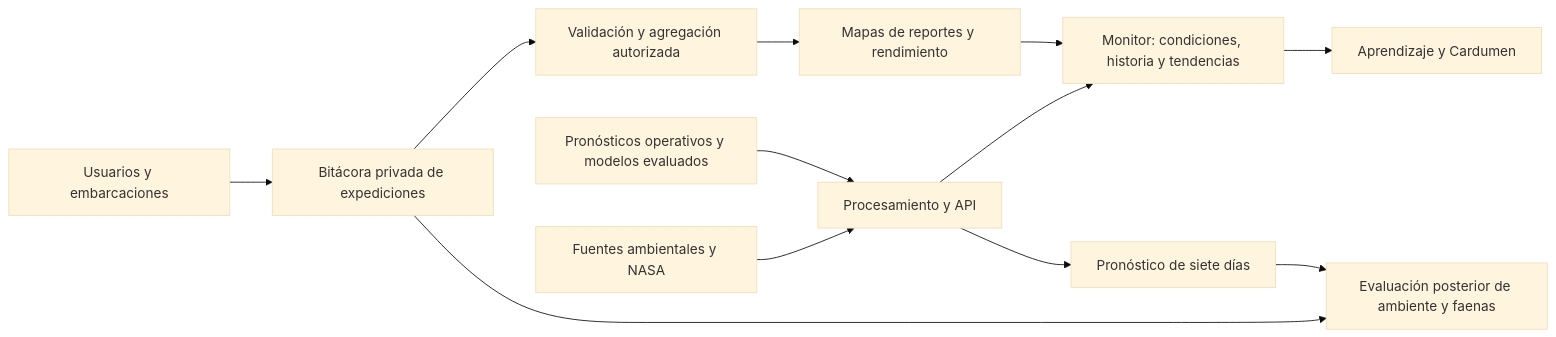
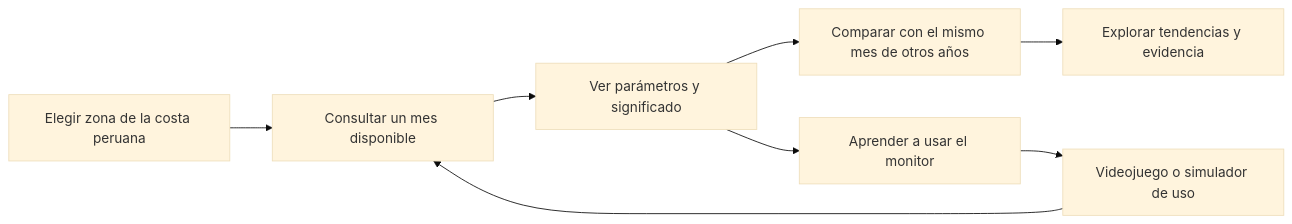
The diagram in docs/PLAN_EVOLUCION_PLATAFORMA.md (chaski-polar-2026/data-treatment), drawn with Mermaid (base theme) before and after one commit. The commit also changed other lines of this file and 8 other files, not shown here.

````diff
--- a/docs/PLAN_EVOLUCION_PLATAFORMA.md
+++ b/docs/PLAN_EVOLUCION_PLATAFORMA.md
@@ -15,14 +35,10 @@
 ```mermaid
 flowchart LR
-    A[Fuentes ambientales y NASA] --> B[Procesamiento y API]
-    P[Pronósticos operativos y modelos evaluados] --> B
-    B --> M[Monitor: condiciones, historia y tendencias]
-    B --> F[Pronóstico de siete días]
-    M --> J[Aprendizaje y Cardumen]
-    U[Usuarios y embarcaciones] --> R[Bitácora privada de expediciones]
-    R --> Q[Validación y agregación autorizada]
-    Q --> H[Mapas de reportes y rendimiento]
-    H --> M
-    R --> E[Evaluación posterior de ambiente y faenas]
-    F --> E
+    A[Elegir zona de la costa peruana] --> B[Consultar un mes disponible]
+    B --> C[Ver parámetros y significado]
+    C --> D[Comparar con el mismo mes de otros años]
+    C --> E[Aprender a usar el monitor]
+    E --> F[Videojuego o simulador de uso]
+    F --> B
+    D --> G[Explorar tendencias y evidencia]
 ```
````
